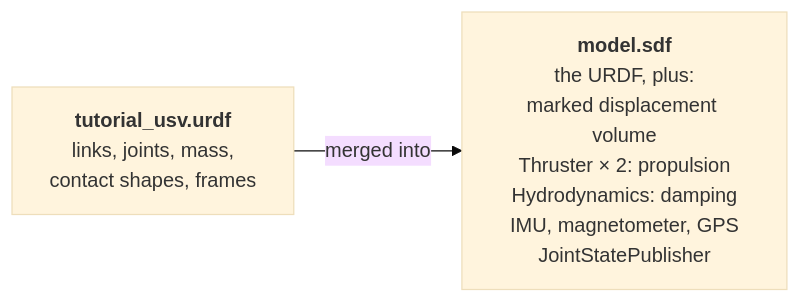
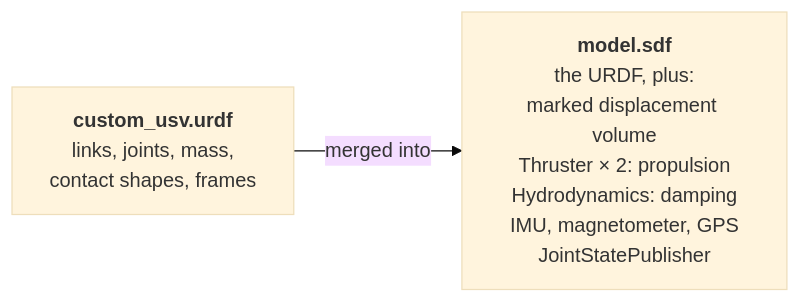
One commit to HonuRobotics/gz-maritime changed the diagram in docs/how-to/gazebo-composition.md. Above: the diagram before and after it, drawn with Mermaid (base theme). The commit also changed other lines of this file and 28 other files, not shown here.

````diff
--- a/docs/how-to/gazebo-composition.md
+++ b/docs/how-to/gazebo-composition.md
@@ -9,6 +10,6 @@
 ```{mermaid}
 flowchart LR
-  U["<b>tutorial_usv.urdf</b><br/>links, joints, mass,<br/>contact shapes, frames"]
+  U["<b>custom_usv.urdf</b><br/>links, joints, mass,<br/>contact shapes, frames"]
   M["<b>model.sdf</b><br/>the URDF, plus:<br/>marked displacement volume<br/>Thruster × 2: propulsion<br/>Hydrodynamics: damping<br/>IMU, magnetometer, GPS<br/>JointStatePublisher"]
   U -->|merged into| M
 ```
````
